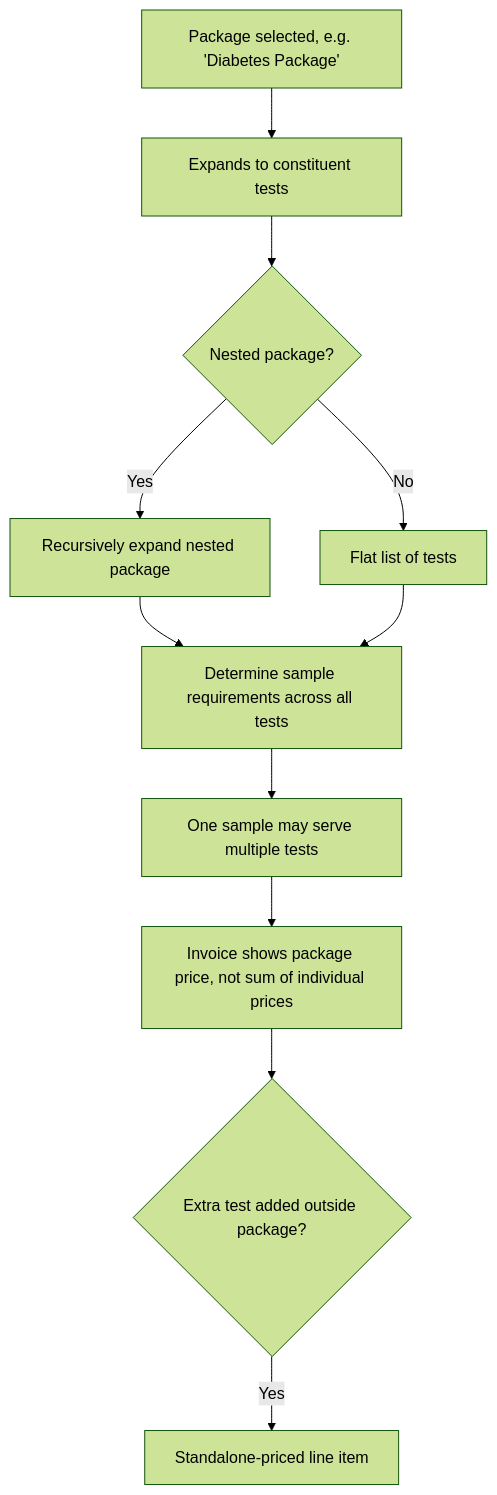
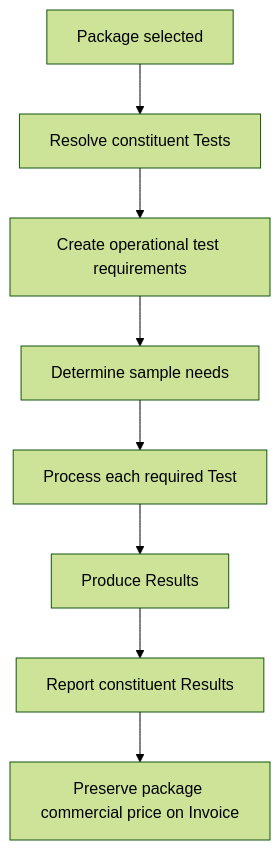
Before and after one commit to zaighaumrana/lab-software: diagram 11 of 13 in docs/03_Core_Domain_Design.md, drawn with Mermaid (forest theme). The commit also changed other lines of this file, not shown here.

````diff
--- a/docs/03_Core_Domain_Design.md
+++ b/docs/03_Core_Domain_Design.md
@@ -397,13 +867,10 @@
 ```mermaid
 flowchart TD
-    A["Package selected, e.g. 'Diabetes Package'"] --> B[Expands to constituent tests]
-    B --> C{Nested package?}
-    C -->|Yes| D[Recursively expand nested package]
-    C -->|No| E[Flat list of tests]
-    D --> F[Determine sample requirements across all tests]
-    E --> F
-    F --> G[One sample may serve multiple tests]
-    G --> H[Invoice shows package price, not sum of individual prices]
-    H --> I{Extra test added outside package?}
-    I -->|Yes| J[Standalone-priced line item]
+    A[Package selected] --> B[Resolve constituent Tests]
+    B --> C[Create operational test requirements]
+    C --> D[Determine sample needs]
+    D --> E[Process each required Test]
+    E --> F[Produce Results]
+    F --> G[Report constituent Results]
+    G --> H[Preserve package commercial price on Invoice]
 ```
````
